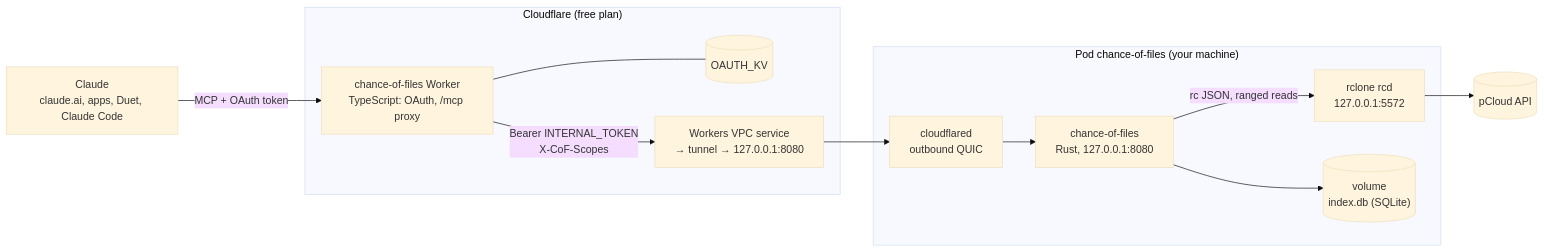
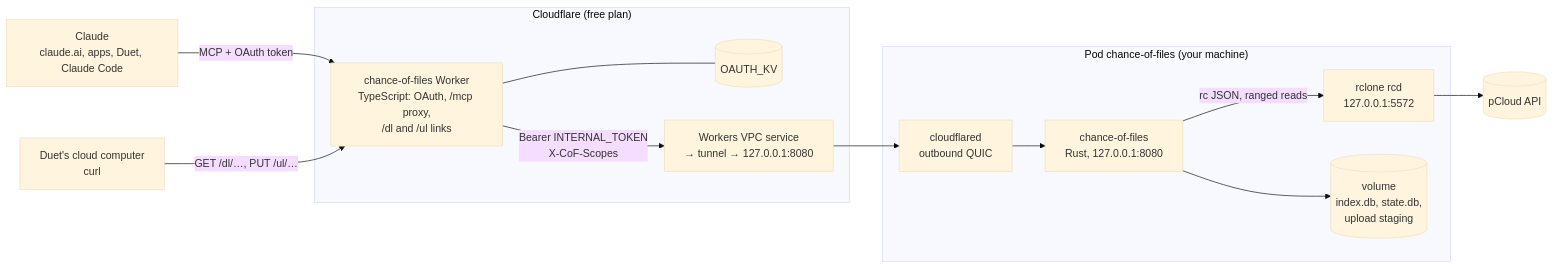
Before and after one commit to tywrr/pcloud-mcp: the diagram in README.md, drawn with Mermaid (base theme). The commit also changed other lines of this file and 54 other files, not shown here.

````diff
--- a/README.md
+++ b/README.md
@@ -60,21 +88,23 @@
 ```mermaid
 flowchart LR
   claude["Claude<br/>claude.ai, apps, Duet, Claude Code"]
+  duetvm["Duet's cloud computer<br/>curl"]
   subgraph cf["Cloudflare (free plan)"]
-    auth["chance-of-files Worker<br/>TypeScript: OAuth, /mcp proxy"]
+    auth["chance-of-files Worker<br/>TypeScript: OAuth, /mcp proxy,<br/>/dl and /ul links"]
     kv[("OAUTH_KV")]
     vpc["Workers VPC service<br/>→ tunnel → 127.0.0.1:8080"]
   end
   subgraph pod["Pod chance-of-files (your machine)"]
     cfd["cloudflared<br/>outbound QUIC"]
     core["chance-of-files<br/>Rust, 127.0.0.1:8080"]
     rclone["rclone rcd<br/>127.0.0.1:5572"]
-    vol[("volume<br/>index.db (SQLite)")]
+    vol[("volume<br/>index.db, state.db,<br/>upload staging")]
   end
   pcloud[("pCloud API")]
   claude -- "MCP + OAuth token" --> auth
+  duetvm -- "GET /dl/…, PUT /ul/…" --> auth
   auth --- kv
   auth -- "Bearer INTERNAL_TOKEN<br/>X-CoF-Scopes" --> vpc --> cfd --> core
   core --> vol
   core -- "rc JSON, ranged reads" --> rclone --> pcloud
 ```
````
